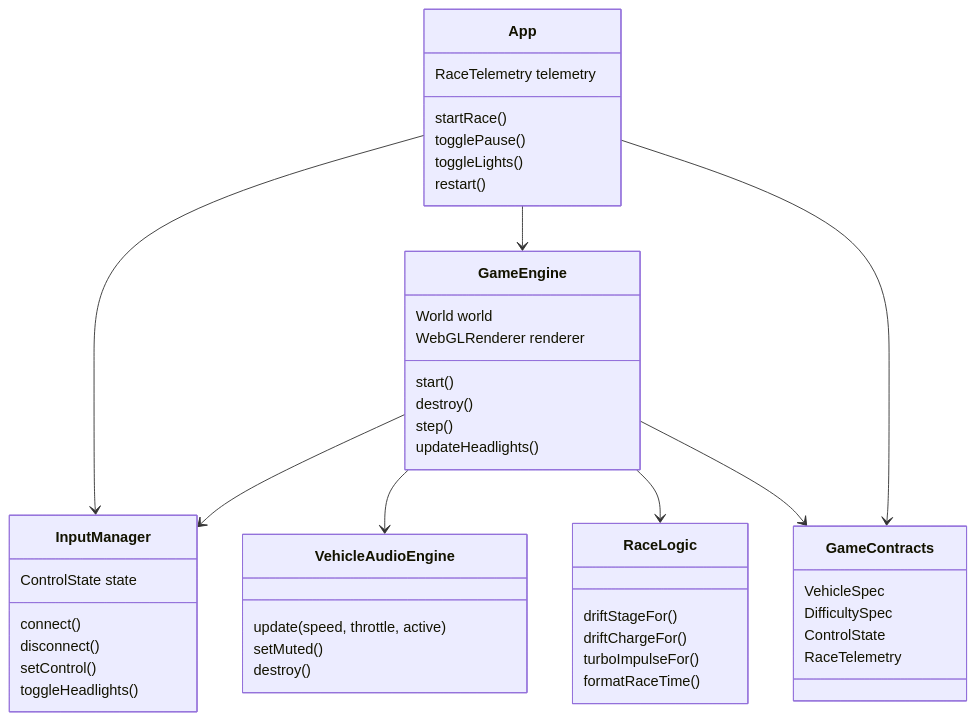
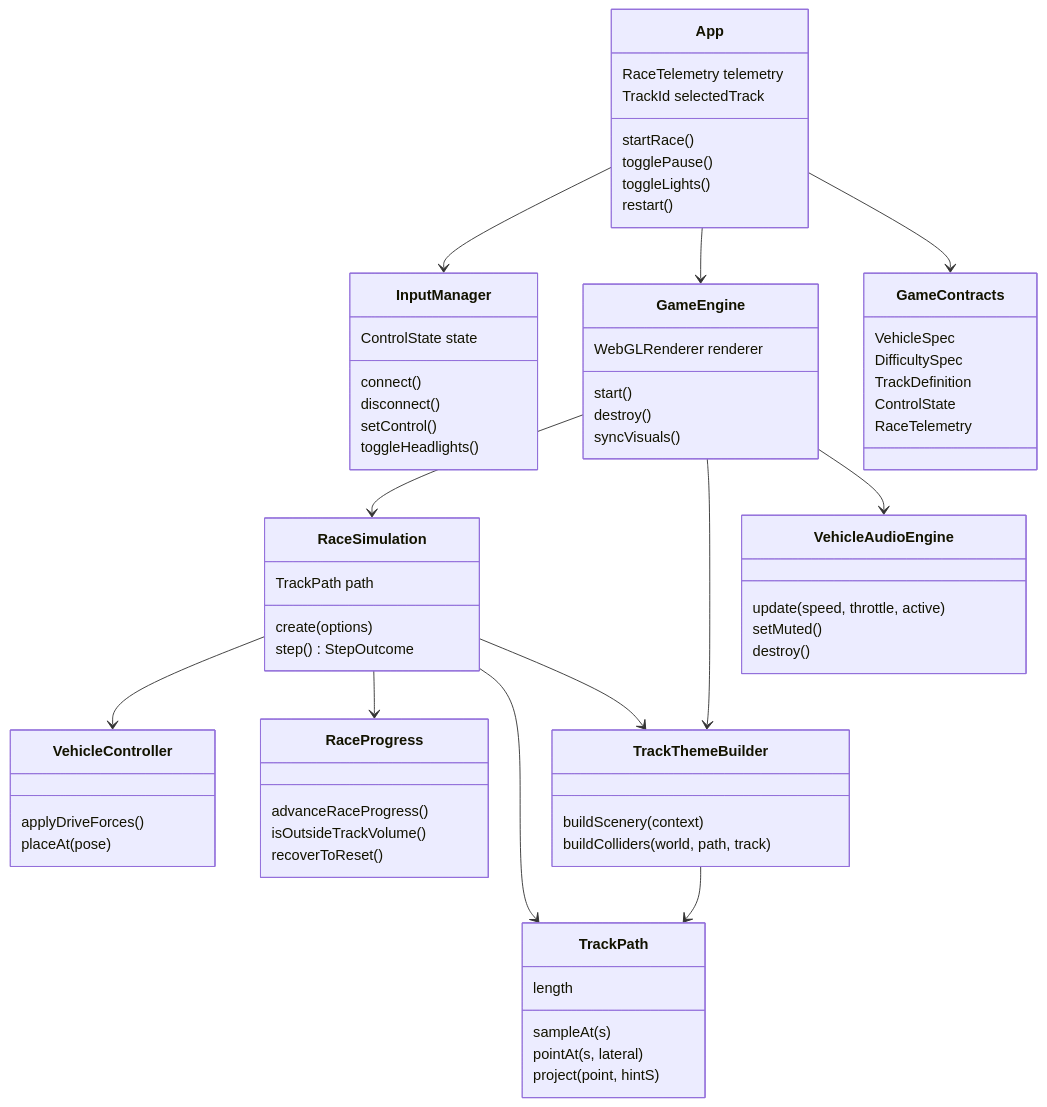
The first of 4 diagrams in docs/SPECIFICATION.md (jakwong1981/hk_racing_car), drawn with Mermaid before and after one commit. The commit also changed other lines of this file and 61 other files, not shown here.

````diff
--- a/docs/SPECIFICATION.md
+++ b/docs/SPECIFICATION.md
@@ -44,49 +60,71 @@
 ```mermaid
 classDiagram
   class App {
     RaceTelemetry telemetry
+    TrackId selectedTrack
     startRace()
     togglePause()
     toggleLights()
     restart()
   }
   class InputManager {
     ControlState state
     connect()
     disconnect()
     setControl()
     toggleHeadlights()
   }
   class GameEngine {
-    World world
     WebGLRenderer renderer
     start()
     destroy()
-    step()
-    updateHeadlights()
+    syncVisuals()
+  }
+  class RaceSimulation {
+    TrackPath path
+    create(options)
+    step() StepOutcome
+  }
+  class VehicleController {
+    applyDriveForces()
+    placeAt(pose)
+  }
+  class RaceProgress {
+    advanceRaceProgress()
+    isOutsideTrackVolume()
+    recoverToReset()
+  }
+  class TrackPath {
+    length
+    sampleAt(s)
+    pointAt(s, lateral)
+    project(point, hintS)
+  }
+  class TrackThemeBuilder {
+    buildScenery(context)
+    buildColliders(world, path, track)
   }
   class VehicleAudioEngine {
     update(speed, throttle, active)
     setMuted()
     destroy()
   }
-  class RaceLogic {
-    driftStageFor()
-    driftChargeFor()
-    turboImpulseFor()
-    formatRaceTime()
-  }
   class GameContracts {
     VehicleSpec
     DifficultySpec
+    TrackDefinition
     ControlState
     RaceTelemetry
   }
   App --> InputManager
   App --> GameEngine
   App --> GameContracts
-  GameEngine --> InputManager
+  GameEngine --> RaceSimulation
+  GameEngine --> TrackThemeBuilder
   GameEngine --> VehicleAudioEngine
-  GameEngine --> RaceLogic
-  GameEngine --> GameContracts
+  RaceSimulation --> VehicleController
+  RaceSimulation --> RaceProgress
+  RaceSimulation --> TrackPath
+  RaceSimulation --> TrackThemeBuilder
+  TrackThemeBuilder --> TrackPath
 ```
````
